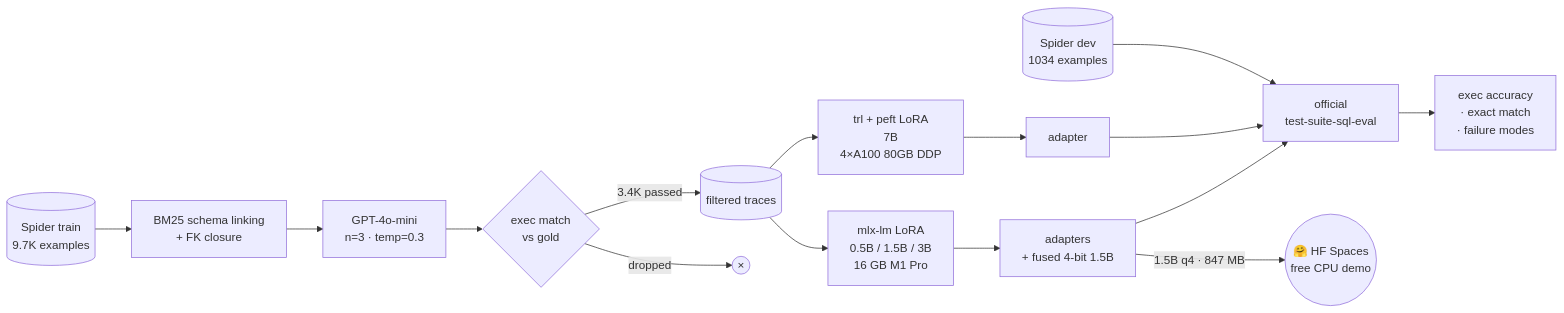
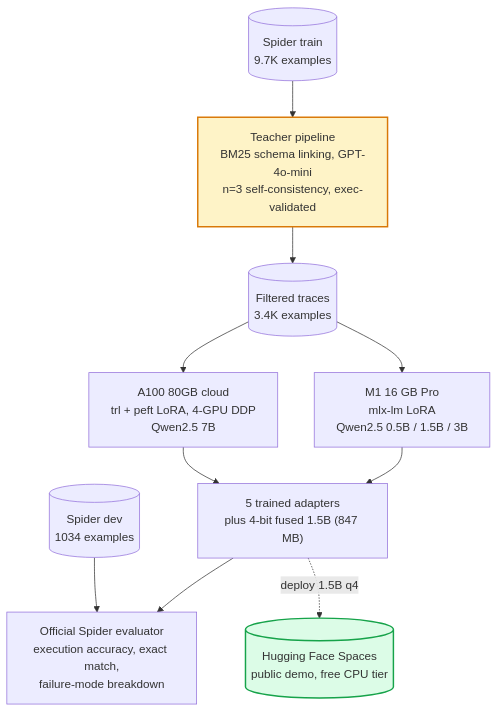
Before and after one commit to zxuhan/distill-sql: the diagram in README.md, drawn with Mermaid. The commit also changed other lines of this file and 3 other files, not shown here.

````diff
--- a/README.md
+++ b/README.md
@@ -150,23 +146,27 @@
 ```mermaid
-flowchart LR
-    spider[(Spider train<br/>9.7K examples)]
-    spider --> serializer[BM25 schema linking<br/>+ FK closure]
-    serializer --> openai[GPT-4o-mini<br/>n=3 · temp=0.3]
-    openai --> validate{exec match<br/>vs gold}
-    validate -- 3.4K passed --> traces[(filtered traces)]
-    validate -- dropped --> drop((×))
+flowchart TB
+    spider[("Spider train<br/>9.7K examples")]
+    teacher["Teacher pipeline<br/>BM25 schema linking, GPT-4o-mini<br/>n=3 self-consistency, exec-validated"]
+    traces[("Filtered traces<br/>3.4K examples")]
+    mlx["M1 16 GB Pro<br/>mlx-lm LoRA<br/>Qwen2.5 0.5B / 1.5B / 3B"]
+    cloud["A100 80GB cloud<br/>trl + peft LoRA, 4-GPU DDP<br/>Qwen2.5 7B"]
+    adapters["5 trained adapters<br/>plus 4-bit fused 1.5B (847 MB)"]
+    spiderdev[("Spider dev<br/>1034 examples")]
+    eval["Official Spider evaluator<br/>execution accuracy, exact match,<br/>failure-mode breakdown"]
+    hf[("Hugging Face Spaces<br/>public demo, free CPU tier")]
 
-    traces --> mlx[mlx-lm LoRA<br/>0.5B / 1.5B / 3B<br/>16 GB M1 Pro]
-    traces --> peft[trl + peft LoRA<br/>7B<br/>4×A100 80GB DDP]
+    spider --> teacher
+    teacher --> traces
+    traces --> mlx
+    traces --> cloud
+    mlx --> adapters
+    cloud --> adapters
+    adapters --> eval
+    spiderdev --> eval
+    adapters -. "deploy 1.5B q4" .-> hf
 
-    mlx --> aSmall[adapters<br/>+ fused 4-bit 1.5B]
-    peft --> aBig[adapter]
-
-    aSmall --> eval[official<br/>test-suite-sql-eval]
-    aBig --> eval
-    spider2[(Spider dev<br/>1034 examples)] --> eval
-
-    eval --> results[exec accuracy<br/>· exact match<br/>· failure modes]
-
-    aSmall -- 1.5B q4 · 847 MB --> hf((🤗 HF Spaces<br/>free CPU demo))
+    classDef deploy fill:#dcfce7,stroke:#16a34a,stroke-width:2px;
+    classDef teacher fill:#fef3c7,stroke:#d97706,stroke-width:2px;
+    class hf deploy;
+    class teacher teacher;
 ```
````
